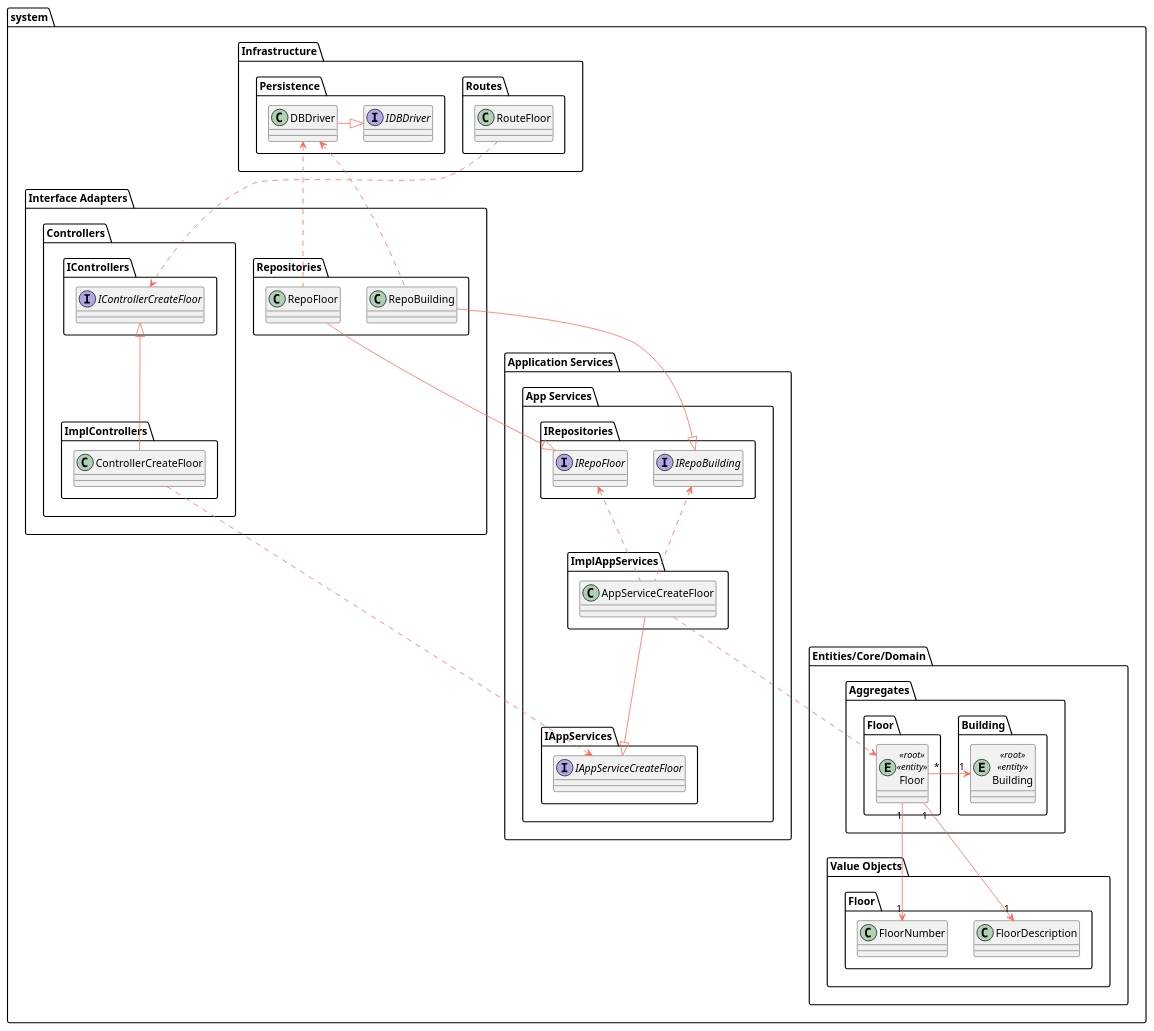
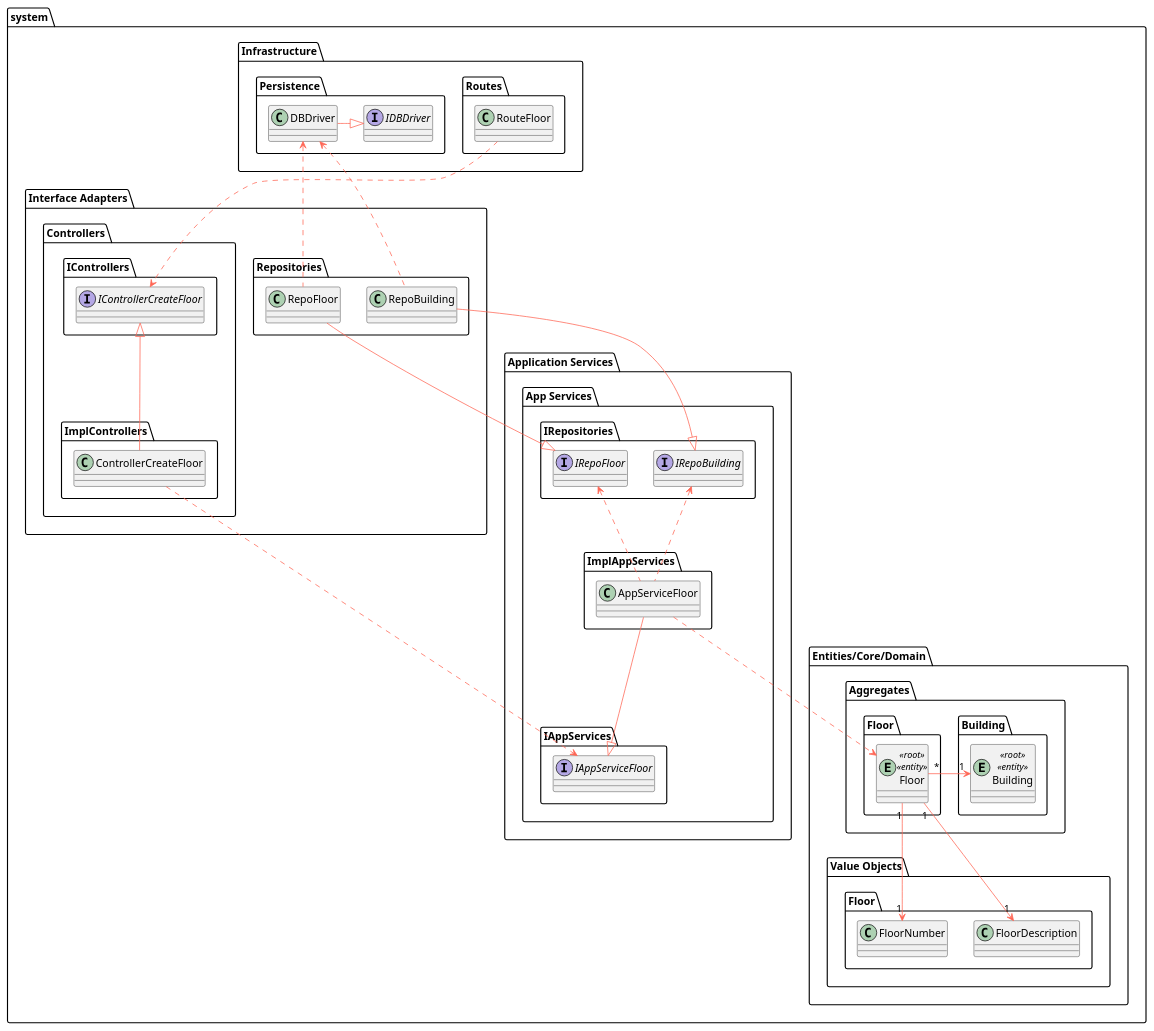
The diagram in docs/us190/level3/class-diagram.puml (Departamento-de-Engenharia-Informatica/lapr5-23-24-g19), drawn with PlantUML before and after one commit. The commit also changed 8 other files, not shown here.

```diff
--- a/docs/us190/level3/class-diagram.puml
+++ b/docs/us190/level3/class-diagram.puml
@@ -1,107 +1,107 @@
 @startuml
 
 skinparam component {
     FontSize 16
     BackgroundColor<<Apache>> LightCoral
     BorderColor<<Apache>> #FF6655
     FontName Courier
     BorderColor black
     BackgroundColor DeepSkyBlue
     ArrowFontName Impact
     ArrowColor #FF6655
 }
 
 package system {
     package "Infrastructure" {
         package "Routes" {
             class RouteFloor
         }
 
         package "Persistence" {
             interface IDBDriver
             class DBDriver
         }
 
         DBDriver -right-|> IDBDriver
     }
 
     package "Interface Adapters" {
         package "Controllers" {
             package "IControllers" {
                 interface IControllerCreateFloor
             }
 
             package "ImplControllers" {
                 class ControllerCreateFloor
             }
             ControllerCreateFloor -up-|> IControllerCreateFloor
         }
 
         package "Repositories" {
             class RepoBuilding
             class RepoFloor
         }
 
         RepoBuilding .up.> DBDriver
         RepoFloor .up.> DBDriver
 
         RouteFloor ..> IControllerCreateFloor
     }
 
     package "Application Services" {
         package "App Services" {
             package "IAppServices" {
-                interface IAppServiceCreateFloor
+                interface IAppServiceFloor
             }
 
             package "ImplAppServices" {
-                class AppServiceCreateFloor
+                class AppServiceFloor
             }
 
-            AppServiceCreateFloor --|> IAppServiceCreateFloor
+            AppServiceFloor --|> IAppServiceFloor
 
             package "IRepositories" {
                 interface IRepoBuilding
                 interface IRepoFloor
             }
 
             RepoBuilding --|> IRepoBuilding
             RepoFloor --|> IRepoFloor
         }
 
-        ControllerCreateFloor ..> IAppServiceCreateFloor
+        ControllerCreateFloor ..> IAppServiceFloor
 
-        AppServiceCreateFloor .up.> IRepoBuilding
-        AppServiceCreateFloor .up.> IRepoFloor
+        AppServiceFloor .up.> IRepoBuilding
+        AppServiceFloor .up.> IRepoFloor
     }
 
     package "Entities/Core/Domain" {
         package "Aggregates" {
             package "Building" as a_building {
                 entity Building <<root>> <<entity>>
             }
 
             package "Floor" as a_floor {
                 entity Floor <<root>> <<entity>>
             }
         }
 
         package "Value Objects" {
             package "Floor" as vo_floor {
                 class FloorDescription
                 class FloorNumber
             }
         }
 
         Floor "*" -right-> "1" Building
         Floor "1" --> "1" FloorDescription
         Floor "1" --> "1" FloorNumber
 
-        AppServiceCreateFloor ..> Floor
+        AppServiceFloor ..> Floor
 
         'package "Services" {
         '}
     }
 }
 
 @enduml
```
